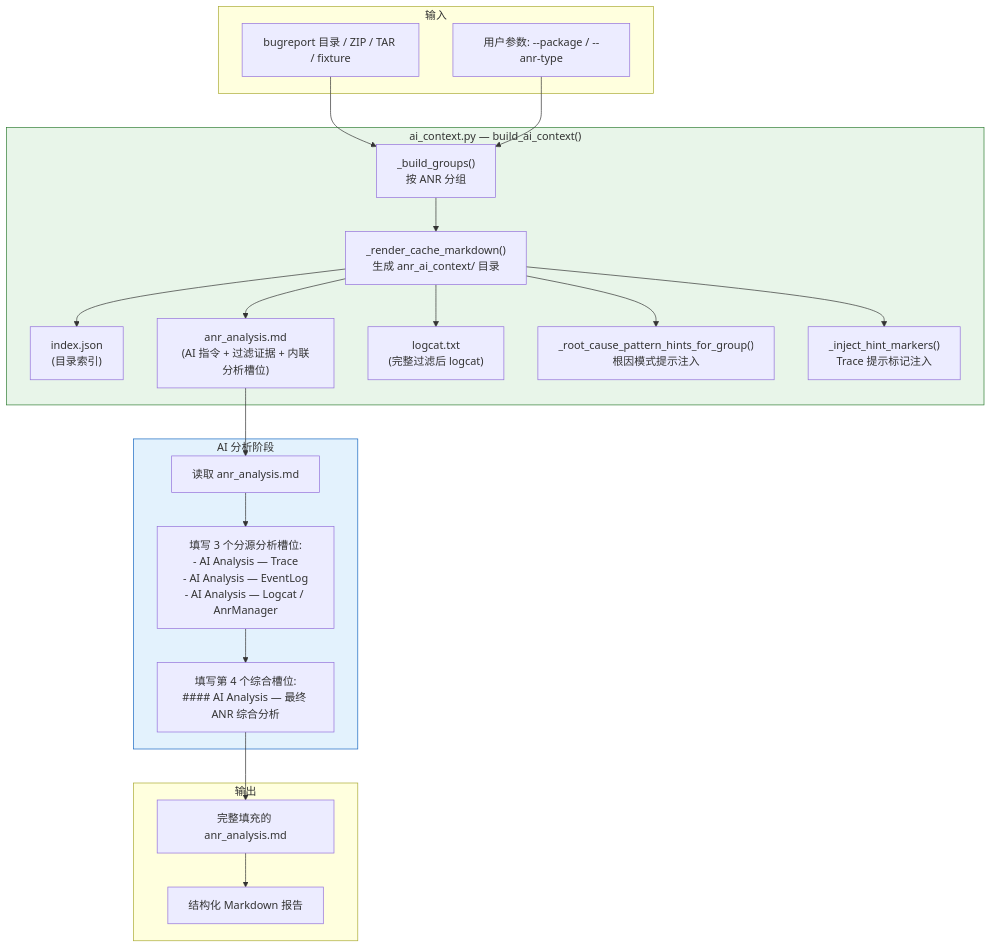
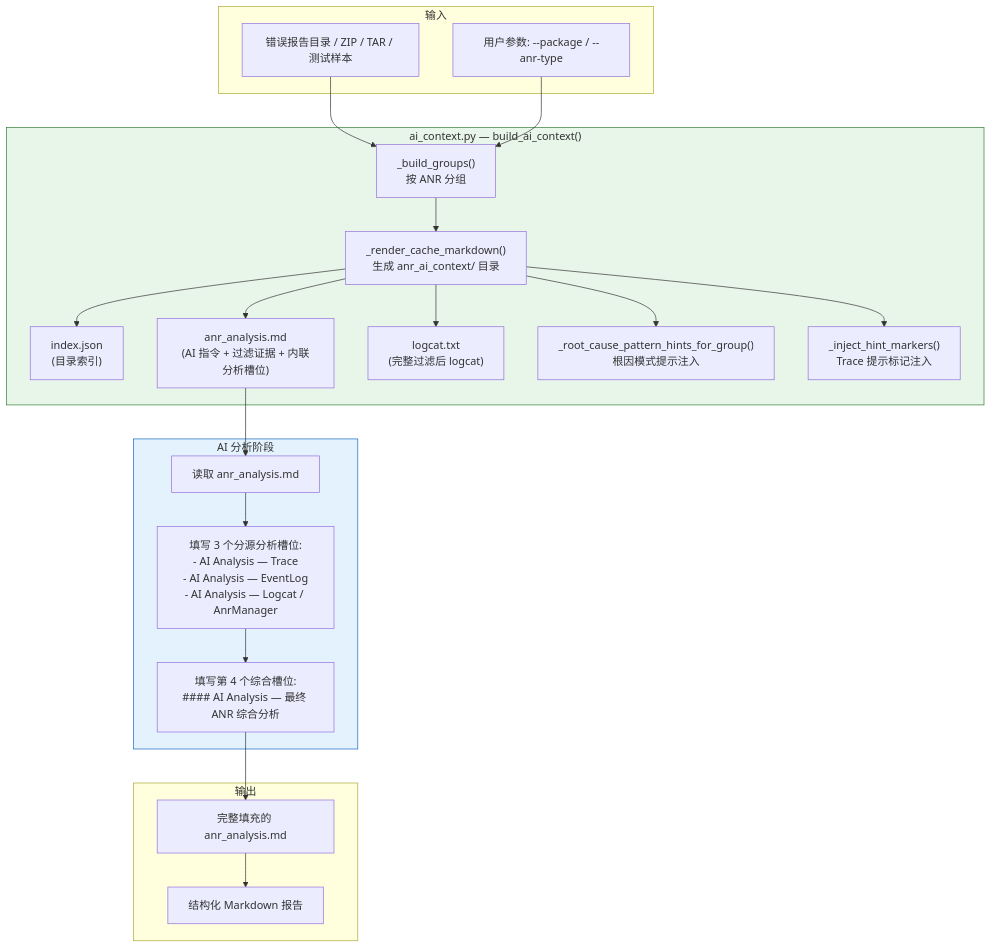
The third of 8 diagrams in docs/agent-anr-flowchart.md (yuchuangu85/llm-anr), drawn with Mermaid before and after one commit. The commit also changed other lines of this file and 40 other files, not shown here.

````diff
--- a/docs/agent-anr-flowchart.md
+++ b/docs/agent-anr-flowchart.md
@@ -169,41 +169,41 @@
 ```mermaid
 flowchart TD
     subgraph INPUT2["输入"]
-        I1["bugreport 目录 / ZIP / TAR / fixture"]
+        I1["错误报告目录 / ZIP / TAR / 测试样本"]
         I2["用户参数: --package / --anr-type"]
     end
 
     subgraph AI_CTX["ai_context.py — build_ai_context()"]
         A1["_build_groups()\n按 ANR 分组"]
         A2["_render_cache_markdown()\n生成 anr_ai_context/ 目录"]
         A3["index.json\n(目录索引)"]
         A4["anr_analysis.md\n(AI 指令 + 过滤证据 + 内联分析槽位)"]
         A5["logcat.txt\n(完整过滤后 logcat)"]
         A6["_root_cause_pattern_hints_for_group()\n根因模式提示注入"]
         A7["_inject_hint_markers()\nTrace 提示标记注入"]
     end
 
     subgraph AI_READ["AI 分析阶段"]
         R1["读取 anr_analysis.md"]
         R2["填写 3 个分源分析槽位:\n- AI Analysis — Trace\n- AI Analysis — EventLog\n- AI Analysis — Logcat / AnrManager"]
         R3["填写第 4 个综合槽位:\n#### AI Analysis — 最终 ANR 综合分析"]
     end
 
     subgraph OUTPUT2["输出"]
         O1["完整填充的 anr_analysis.md"]
         O2["结构化 Markdown 报告"]
     end
 
     I1 & I2 --> A1
     A1 --> A2
     A2 --> A3 & A4 & A5
     A2 --> A6 & A7
     A4 --> R1
     R1 --> R2
     R2 --> R3
     R3 --> O1
     O1 --> O2
 
     style AI_CTX fill:#e8f5e9,stroke:#2e7d32
     style AI_READ fill:#e3f2fd,stroke:#1565c0
 ```
````
